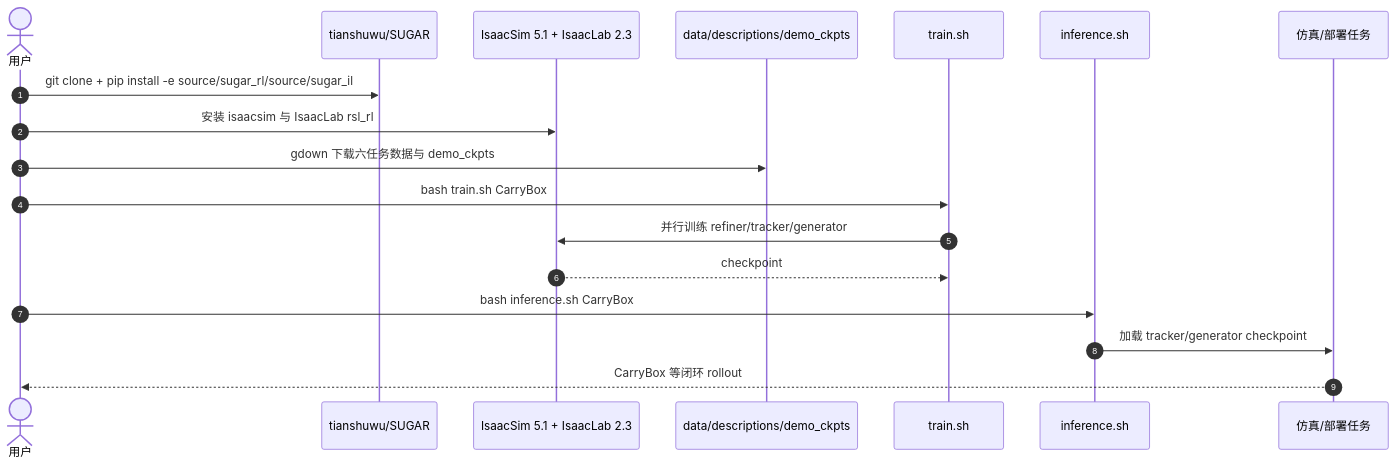
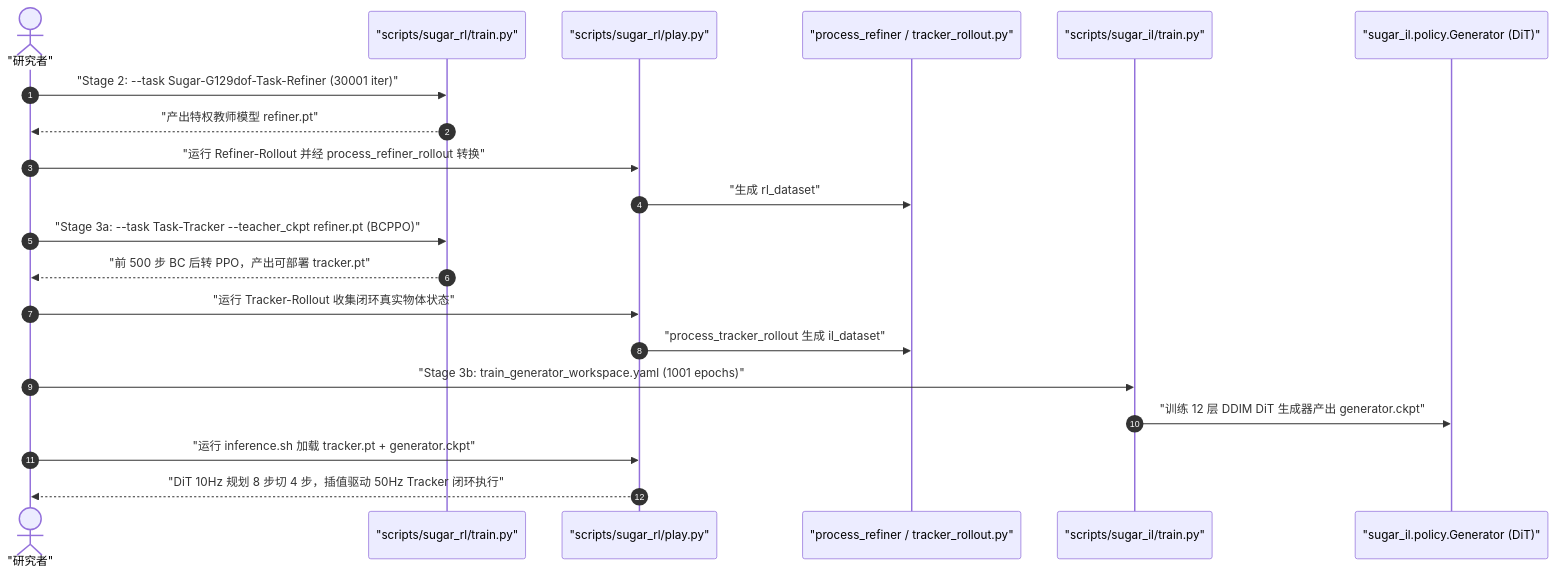
The second of 2 diagrams in wiki/entities/paper-loco-manip-161-076-sugar.md (ImChong/Robotics_Notebooks), drawn with Mermaid before and after one commit. The commit also changed other lines of this file and 151 other files, not shown here.

````diff
--- a/wiki/entities/paper-loco-manip-161-076-sugar.md
+++ b/wiki/entities/paper-loco-manip-161-076-sugar.md
@@ -93,20 +125,22 @@
 ```mermaid
 sequenceDiagram
     autonumber
-    actor U as 用户
-    participant Repo as tianshuwu/SUGAR
-    participant Isaac as IsaacSim 5.1 + IsaacLab 2.3
-    participant Data as data/descriptions/demo_ckpts
-    participant Train as train.sh
-    participant Infer as inference.sh
-    participant Sim as 仿真/部署任务
-    U->>Repo: git clone + pip install -e source/sugar_rl/source/sugar_il
-    U->>Isaac: 安装 isaacsim 与 IsaacLab rsl_rl
-    U->>Data: gdown 下载六任务数据与 demo_ckpts
-    U->>Train: bash train.sh CarryBox
-    Train->>Isaac: 并行训练 refiner/tracker/generator
-    Isaac-->>Train: checkpoint
-    U->>Infer: bash inference.sh CarryBox
-    Infer->>Sim: 加载 tracker/generator checkpoint
-    Sim-->>U: CarryBox 等闭环 rollout
+    actor U as "研究者"
+    participant TrainRL as "scripts/sugar_rl/train.py"
+    participant PlayRL as "scripts/sugar_rl/play.py"
+    participant Proc as "process_refiner / tracker_rollout.py"
+    participant TrainIL as "scripts/sugar_il/train.py"
+    participant Gen as "sugar_il.policy.Generator (DiT)"
+    U->>TrainRL: "Stage 2: --task Sugar-G129dof-Task-Refiner (30001 iter)"
+    TrainRL-->>U: "产出特权教师模型 refiner.pt"
+    U->>PlayRL: "运行 Refiner-Rollout 并经 process_refiner_rollout 转换"
+    PlayRL->>Proc: "生成 rl_dataset"
+    U->>TrainRL: "Stage 3a: --task Task-Tracker --teacher_ckpt refiner.pt (BCPPO)"
+    TrainRL-->>U: "前 500 步 BC 后转 PPO，产出可部署 tracker.pt"
+    U->>PlayRL: "运行 Tracker-Rollout 收集闭环真实物体状态"
+    PlayRL->>Proc: "process_tracker_rollout 生成 il_dataset"
+    U->>TrainIL: "Stage 3b: train_generator_workspace.yaml (1001 epochs)"
+    TrainIL->>Gen: "训练 12 层 DDIM DiT 生成器产出 generator.ckpt"
+    U->>PlayRL: "运行 inference.sh 加载 tracker.pt + generator.ckpt"
+    PlayRL-->>U: "DiT 10Hz 规划 8 步切 4 步，插值驱动 50Hz Tracker 闭环执行"
 ```
````
